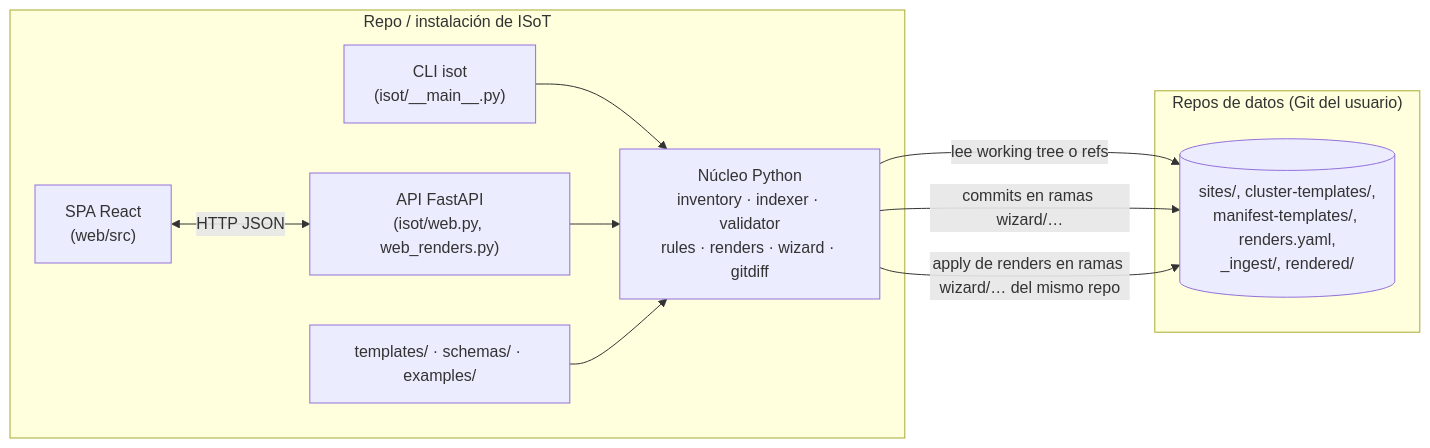
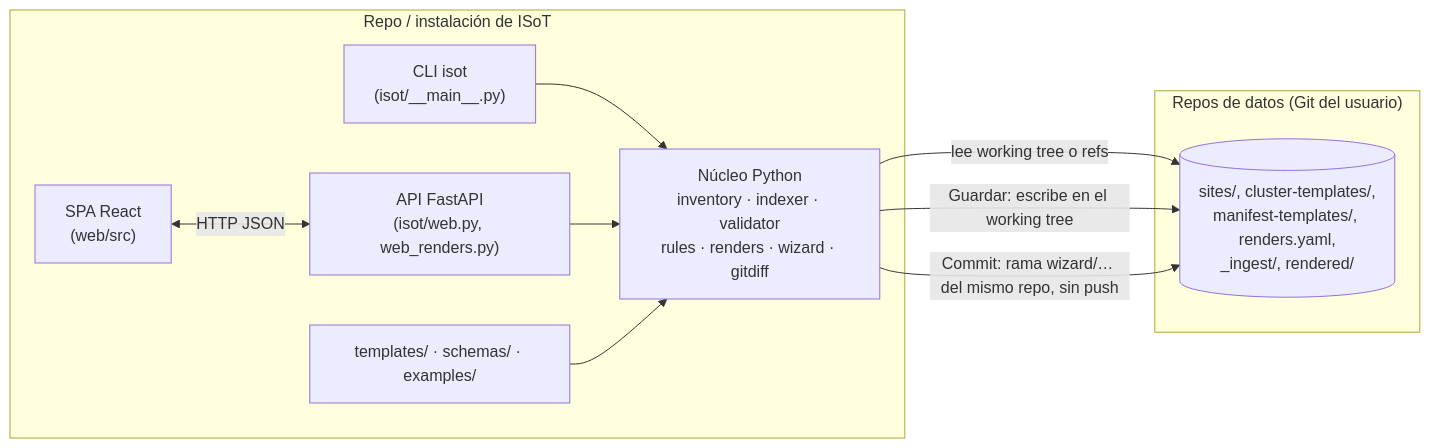
Before and after one commit to ghormazabal/ISOT: the diagram in docs/dev/ARCHITECTURE.md, drawn with Mermaid. The commit also changed other lines of this file and 46 other files, not shown here.

First line of the commit message:
edit: Guardar escribe en el working tree; commit aparte desde «Cambios»

````diff
--- a/docs/dev/ARCHITECTURE.md
+++ b/docs/dev/ARCHITECTURE.md
@@ -10,20 +10,20 @@
 ```mermaid
 flowchart LR
   subgraph tool["Repo / instalación de ISoT"]
     cli["CLI isot<br/>(isot/__main__.py)"]
     api["API FastAPI<br/>(isot/web.py, web_renders.py)"]
     core["Núcleo Python<br/>inventory · indexer · validator<br/>rules · renders · wizard · gitdiff"]
     ui["SPA React<br/>(web/src)"]
     lib["templates/ · schemas/ · examples/"]
     cli --> core
     api --> core
     ui <-->|HTTP JSON| api
     lib --> core
   end
   subgraph data["Repos de datos (Git del usuario)"]
     repo[("sites/, cluster-templates/,<br/>manifest-templates/, renders.yaml,<br/>_ingest/, rendered/")]
   end
   core -->|lee working tree o refs| repo
-  core -->|commits en ramas wizard/…| repo
-  core -->|apply de renders en ramas wizard/… del mismo repo| repo
+  core -->|Guardar: escribe en el working tree| repo
+  core -->|Commit: rama wizard/… del mismo repo, sin push| repo
 ```
````
